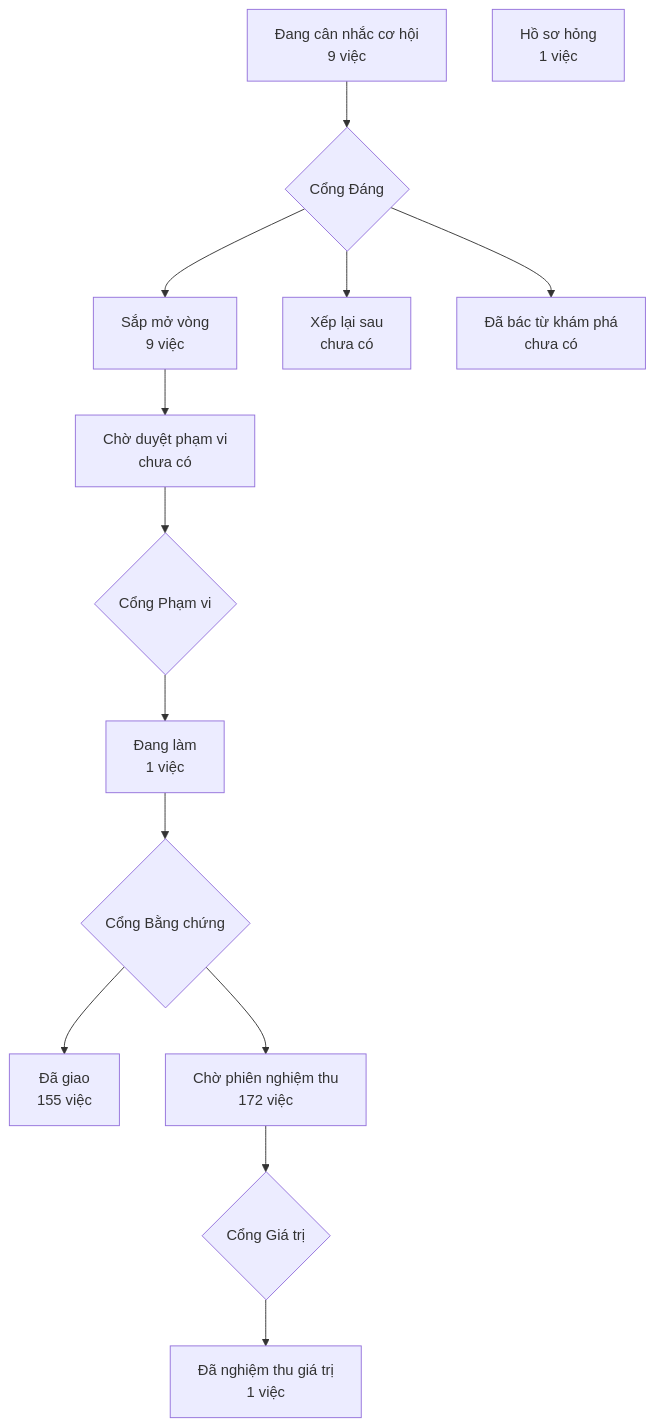
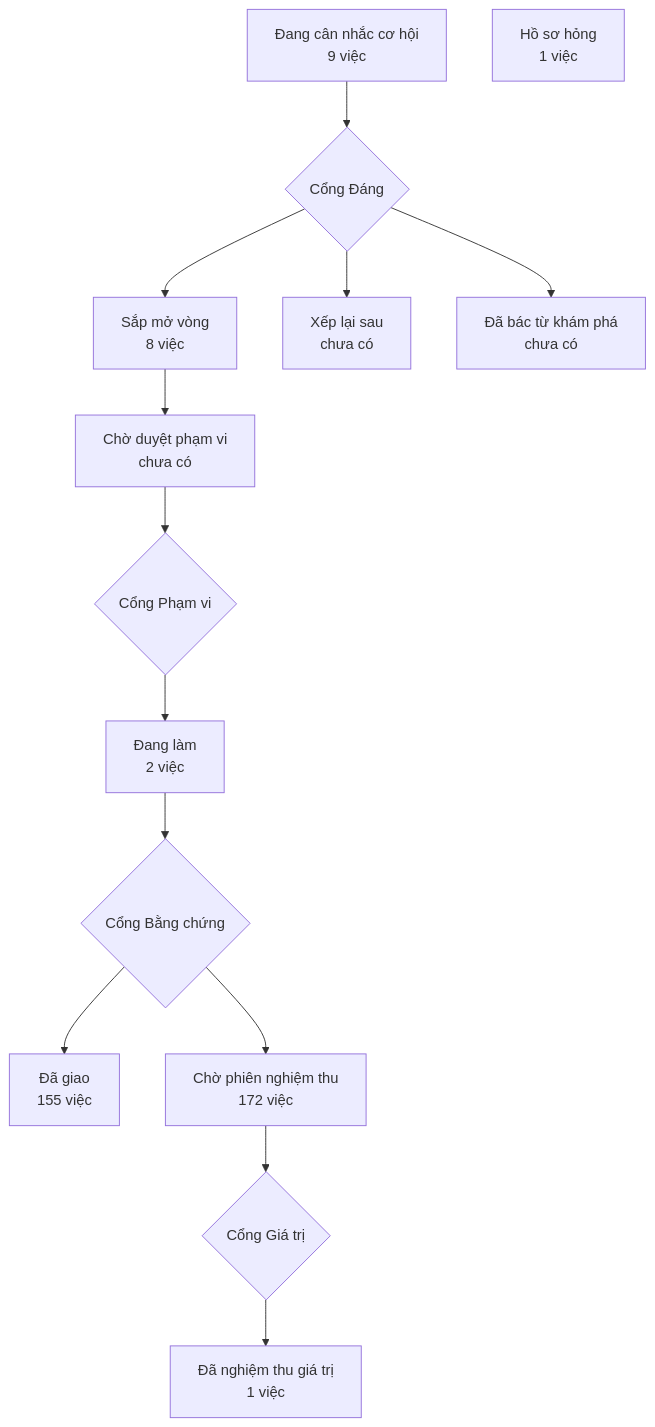
One commit to phanlemanh/crm-onehub changed the diagram in PRODUCT-MAP.md. Above: the diagram before and after it, drawn with Mermaid. The commit also changed 3 other files, not shown here.

````diff
--- a/PRODUCT-MAP.md
+++ b/PRODUCT-MAP.md
@@ -7,13 +7,13 @@
 ```mermaid
 flowchart TD
   A["Đang cân nhắc cơ hội<br/>9 việc"] --> GD{"Cổng Đáng"}
-  GD --> B["Sắp mở vòng<br/>9 việc"]
+  GD --> B["Sắp mở vòng<br/>8 việc"]
   GD --> XL["Xếp lại sau<br/>chưa có"]
   GD --> DB["Đã bác từ khám phá<br/>chưa có"]
   B --> CD["Chờ duyệt phạm vi<br/>chưa có"] --> GP{"Cổng Phạm vi"}
-  GP --> DL["Đang làm<br/>1 việc"] --> GB{"Cổng Bằng chứng"}
+  GP --> DL["Đang làm<br/>2 việc"] --> GB{"Cổng Bằng chứng"}
   GB --> DG["Đã giao<br/>155 việc"]
   GB --> CN["Chờ phiên nghiệm thu<br/>172 việc"] --> GG{"Cổng Giá trị"}
   GG --> NT["Đã nghiệm thu giá trị<br/>1 việc"]
   HS["Hồ sơ hỏng<br/>1 việc"]
 ```
````
